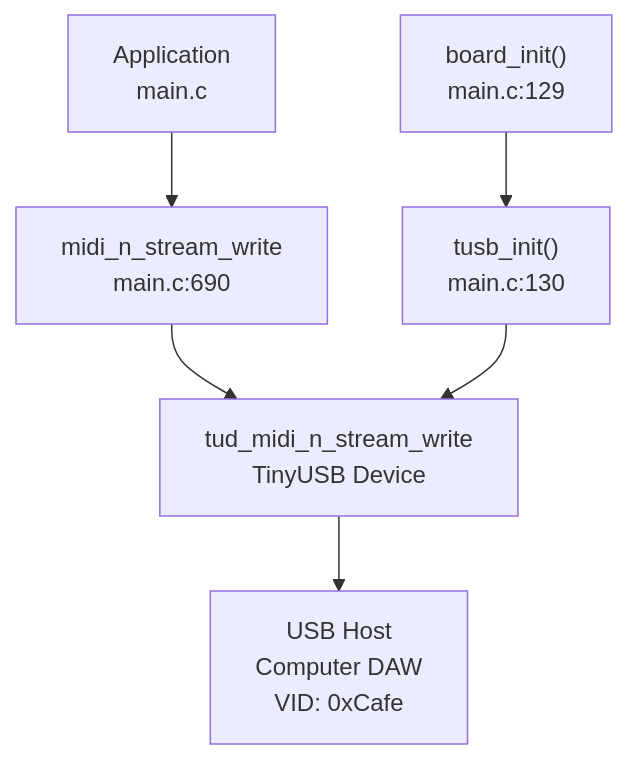
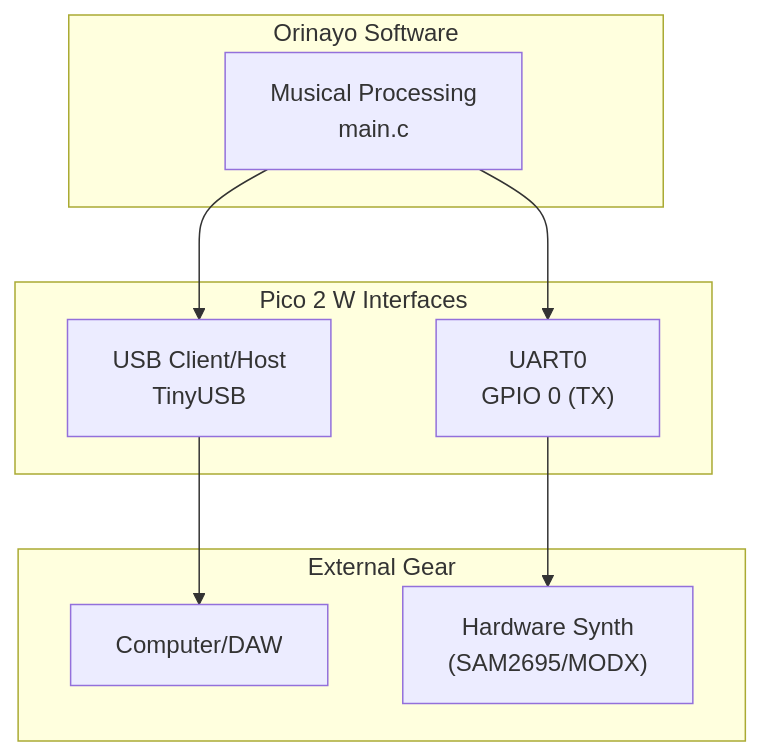
The second of 2 diagrams in wiki/2.1-hardware-requirements.md (Jus-Be/orinayo-pico), drawn with Mermaid before and after one commit. The commit also changed other lines of this file and 42 other files, not shown here.

````diff
--- a/wiki/2.1-hardware-requirements.md
+++ b/wiki/2.1-hardware-requirements.md
@@ -161,16 +137,28 @@
 ```mermaid
 flowchart TD
 
-App["Application<br>main.c"]
-Stream["midi_n_stream_write<br>main.c:690"]
-USB["tud_midi_n_stream_write<br>TinyUSB Device"]
-Host["USB Host<br>Computer DAW<br>VID: 0xCafe"]
-Board["board_init()<br>main.c:129"]
-TinyUSB["tusb_init()<br>main.c:130"]
+Proc["Musical Processing<br>main.c"]
+USB_C["USB Client/Host<br>TinyUSB"]
+UART0["UART0<br>GPIO 0 (TX)"]
+DAW["Computer/DAW"]
+Synth["Hardware Synth<br>(SAM2695/MODX)"]
 
-App --> Stream
-Stream --> USB
-USB --> Host
-Board --> TinyUSB
-TinyUSB --> USB
+Proc --> USB_C
+Proc --> UART0
+USB_C --> DAW
+UART0 --> Synth
+
+subgraph External ["External Gear"]
+    DAW
+    Synth
+end
+
+subgraph Hardware_IO ["Pico 2 W Interfaces"]
+    USB_C
+    UART0
+end
+
+subgraph Internal ["Orinayo Software"]
+    Proc
+end
 ```
````
